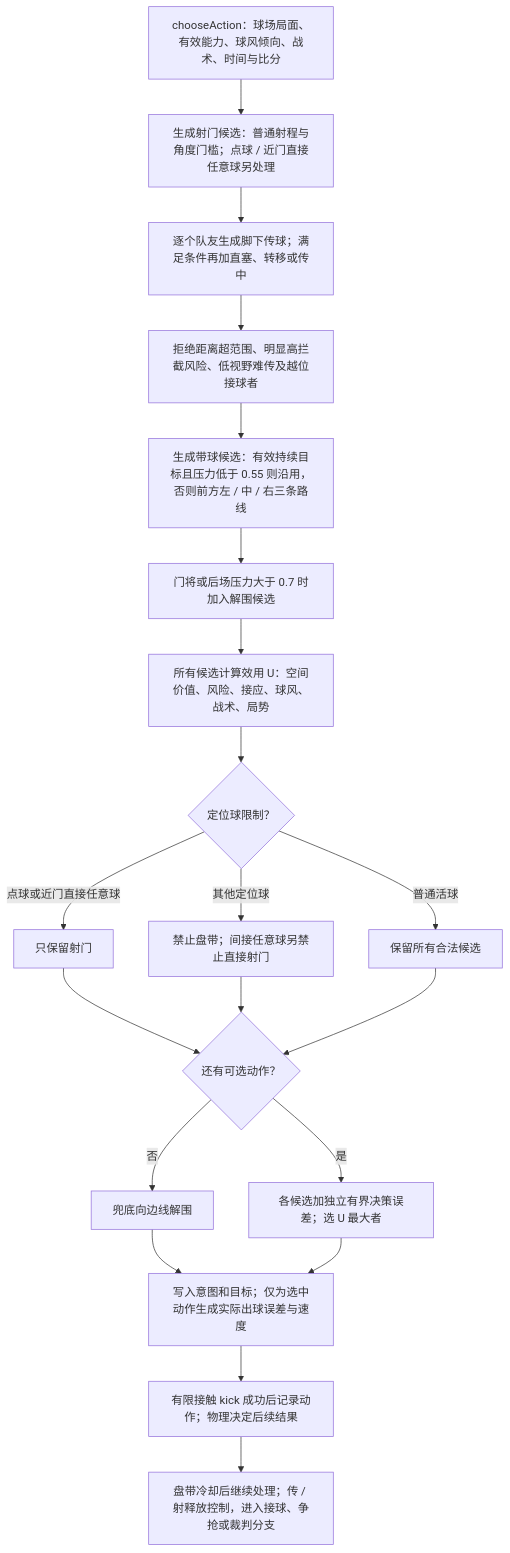
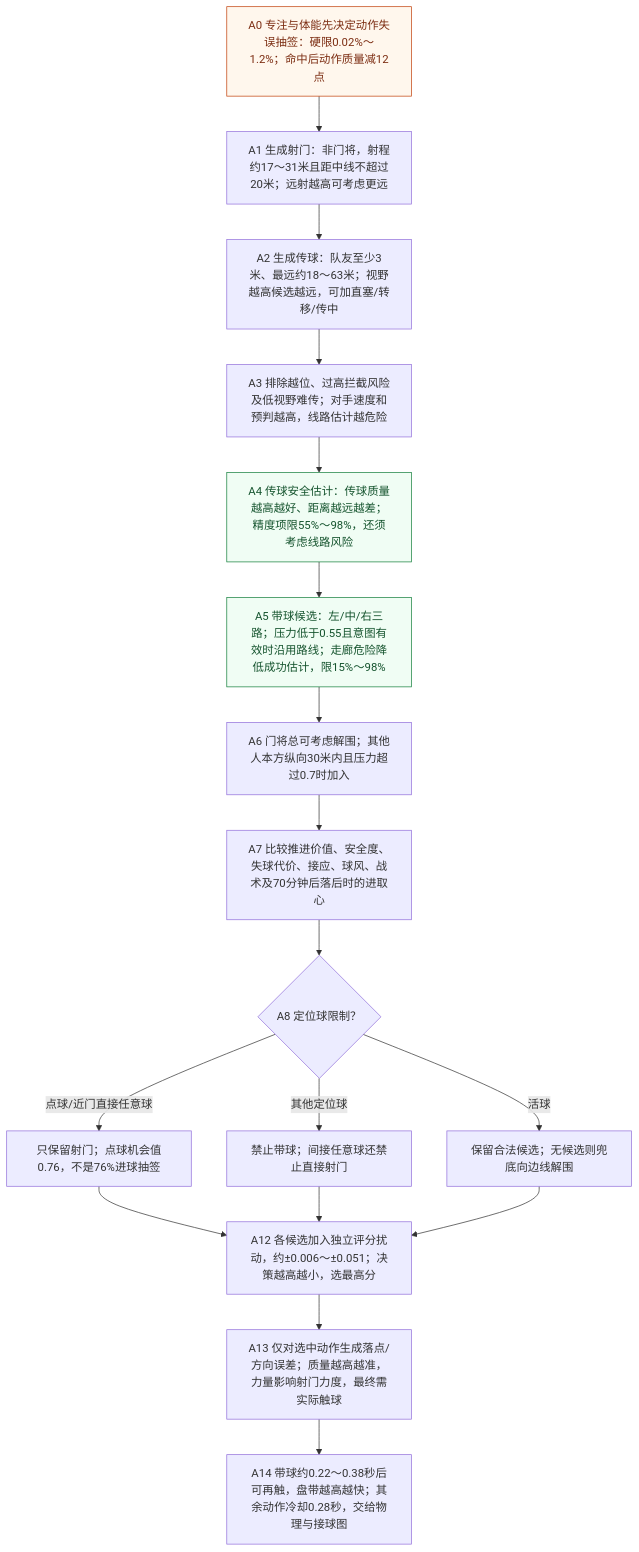
The fifth of 6 diagrams in packages/shared/modules/matches/design/PLAYER_DECISION_MAP.md (sixu3575/touchline-manager), drawn with Mermaid before and after one commit. The commit also changed other lines of this file and 16 other files, not shown here.

````diff
--- a/packages/shared/modules/matches/design/PLAYER_DECISION_MAP.md
+++ b/packages/shared/modules/matches/design/PLAYER_DECISION_MAP.md
@@ -174,22 +206,23 @@
 ```mermaid
 flowchart TD
-  A["chooseAction：球场局面、有效能力、球风倾向、战术、时间与比分"] --> B["生成射门候选：普通射程与角度门槛；点球 / 近门直接任意球另处理"]
-  B --> C["逐个队友生成脚下传球；满足条件再加直塞、转移或传中"]
-  C --> D["拒绝距离超范围、明显高拦截风险、低视野难传及越位接球者"]
-  D --> E["生成带球候选：有效持续目标且压力低于 0.55 则沿用，否则前方左 / 中 / 右三条路线"]
-  E --> F["门将或后场压力大于 0.7 时加入解围候选"]
-  F --> G["所有候选计算效用 U：空间价值、风险、接应、球风、战术、局势"]
-  G --> H{"定位球限制？"}
-  H -->|点球或近门直接任意球| I["只保留射门"]
-  H -->|其他定位球| J["禁止盘带；间接任意球另禁止直接射门"]
-  H -->|普通活球| K["保留所有合法候选"]
-  I --> L{"还有可选动作？"}
-  J --> L
-  K --> L
-  L -->|否| M["兜底向边线解围"]
-  L -->|是| N["各候选加独立有界决策误差；选 U 最大者"]
-  M --> O["写入意图和目标；仅为选中动作生成实际出球误差与速度"]
-  N --> O
-  O --> P["有限接触 kick 成功后记录动作；物理决定后续结果"]
-  P --> Q["盘带冷却后继续处理；传 / 射释放控制，进入接球、争抢或裁判分支"]
+  A0["A0 专注与体能先决定动作失误抽签：硬限0.02%～1.2%；命中后动作质量减12点"] --> A1["A1 生成射门：非门将，射程约17～31米且距中线不超过20米；远射越高可考虑更远"]
+  A1 --> A2["A2 生成传球：队友至少3米、最远约18～63米；视野越高候选越远，可加直塞/转移/传中"]
+  A2 --> A3["A3 排除越位、过高拦截风险及低视野难传；对手速度和预判越高，线路估计越危险"]
+  A3 --> A4["A4 传球安全估计：传球质量越高越好、距离越远越差；精度项限55%～98%，还须考虑线路风险"]
+  A4 --> A5["A5 带球候选：左/中/右三路；压力低于0.55且意图有效时沿用路线；走廊危险降低成功估计，限15%～98%"]
+  A5 --> A6["A6 门将总可考虑解围；其他人本方纵向30米内且压力超过0.7时加入"]
+  A6 --> A7["A7 比较推进价值、安全度、失球代价、接应、球风、战术及70分钟后落后时的进取心"]
+  A7 --> A8{"A8 定位球限制？"}
+  A8 -->|点球/近门直接任意球| A9["只保留射门；点球机会值0.76，不是76%进球抽签"]
+  A8 -->|其他定位球| A10["禁止带球；间接任意球还禁止直接射门"]
+  A8 -->|活球| A11["保留合法候选；无候选则兜底向边线解围"]
+  A9 --> A12["A12 各候选加入独立评分扰动，约±0.006～±0.051；决策越高越小，选最高分"]
+  A10 --> A12
+  A11 --> A12
+  A12 --> A13["A13 仅对选中动作生成落点/方向误差；质量越高越准，力量影响射门力度，最终需实际触球"]
+  A13 --> A14["A14 带球约0.22～0.38秒后可再触，盘带越高越快；其余动作冷却0.28秒，交给物理与接球图"]
+  classDef draw fill:#fff7ed,stroke:#c2410c,color:#7c2d12
+  classDef estimate fill:#f0fdf4,stroke:#15803d,color:#14532d
+  class A0 draw
+  class A4,A5 estimate
 ```
````
